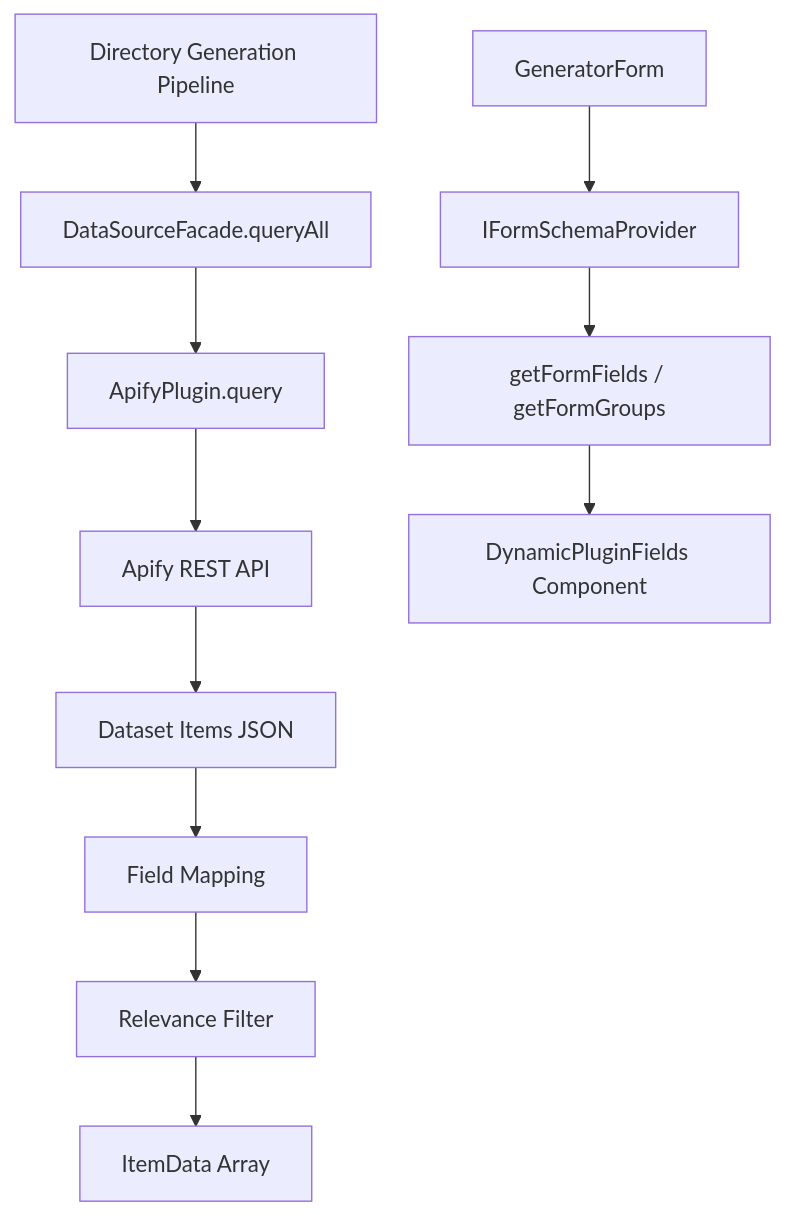
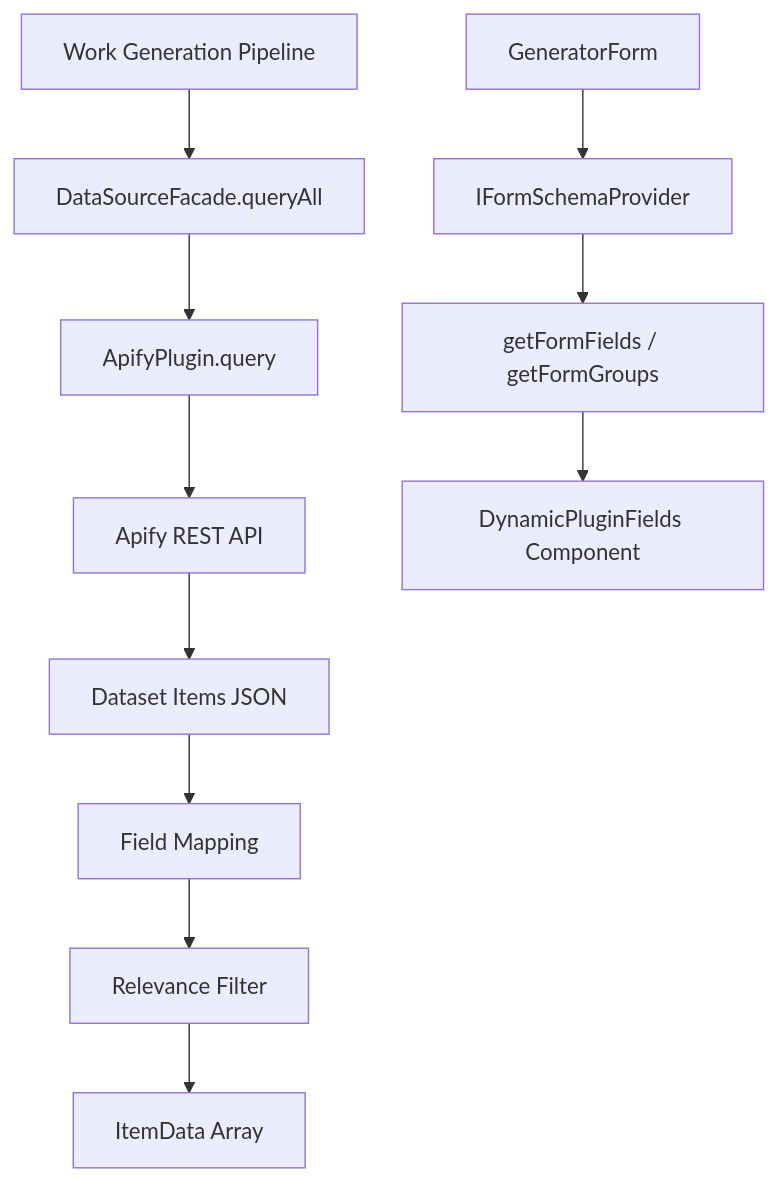
One commit to ever-works/ever-works changed the first of 3 diagrams in docs/plugin-system/apify-plugin.md. Above: the diagram before and after it, drawn with Mermaid. The commit also changed other lines of this file and 395 other files, not shown here.

````diff
--- a/docs/plugin-system/apify-plugin.md
+++ b/docs/plugin-system/apify-plugin.md
@@ -30,14 +30,14 @@
 ```mermaid
 graph TD
-    A[Directory Generation Pipeline] --> B[DataSourceFacade.queryAll]
+    A[Work Generation Pipeline] --> B[DataSourceFacade.queryAll]
     B --> C[ApifyPlugin.query]
     C --> D[Apify REST API]
     D --> E[Dataset Items JSON]
     E --> F[Field Mapping]
     F --> G[Relevance Filter]
     G --> H[ItemData Array]
 
     I[GeneratorForm] --> J[IFormSchemaProvider]
     J --> K[getFormFields / getFormGroups]
     K --> L[DynamicPluginFields Component]
 ```
````
